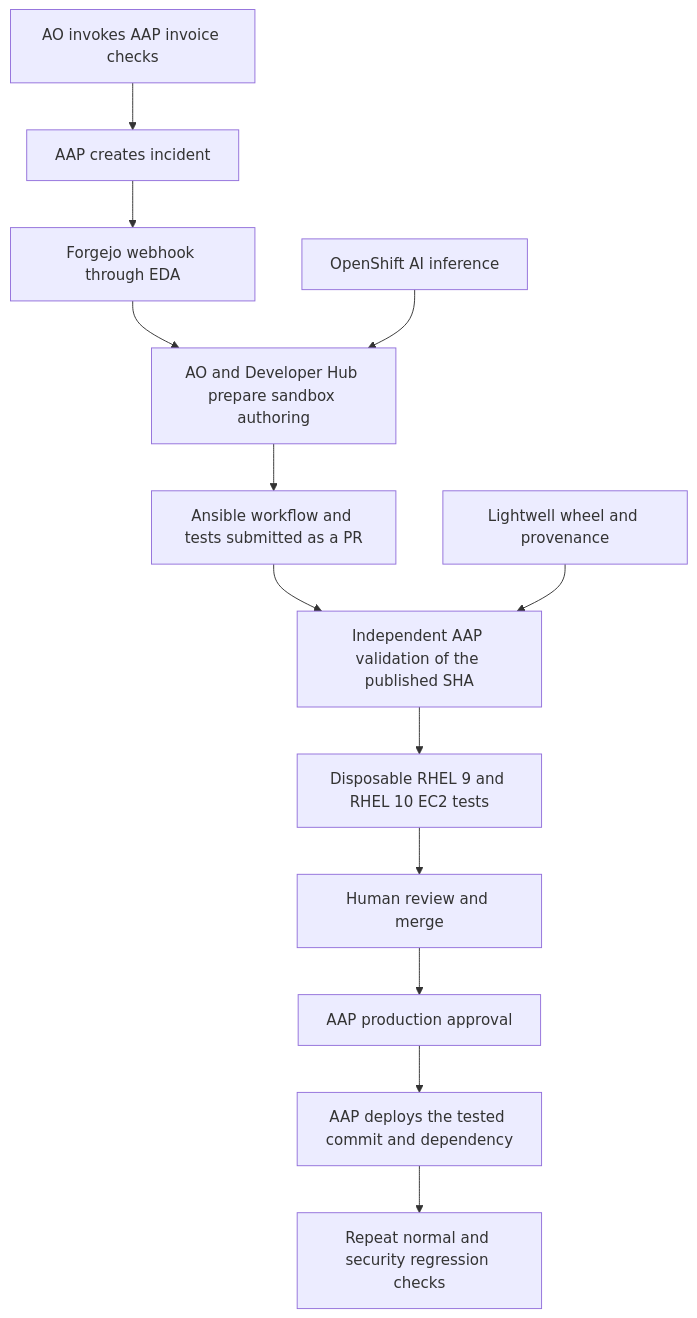
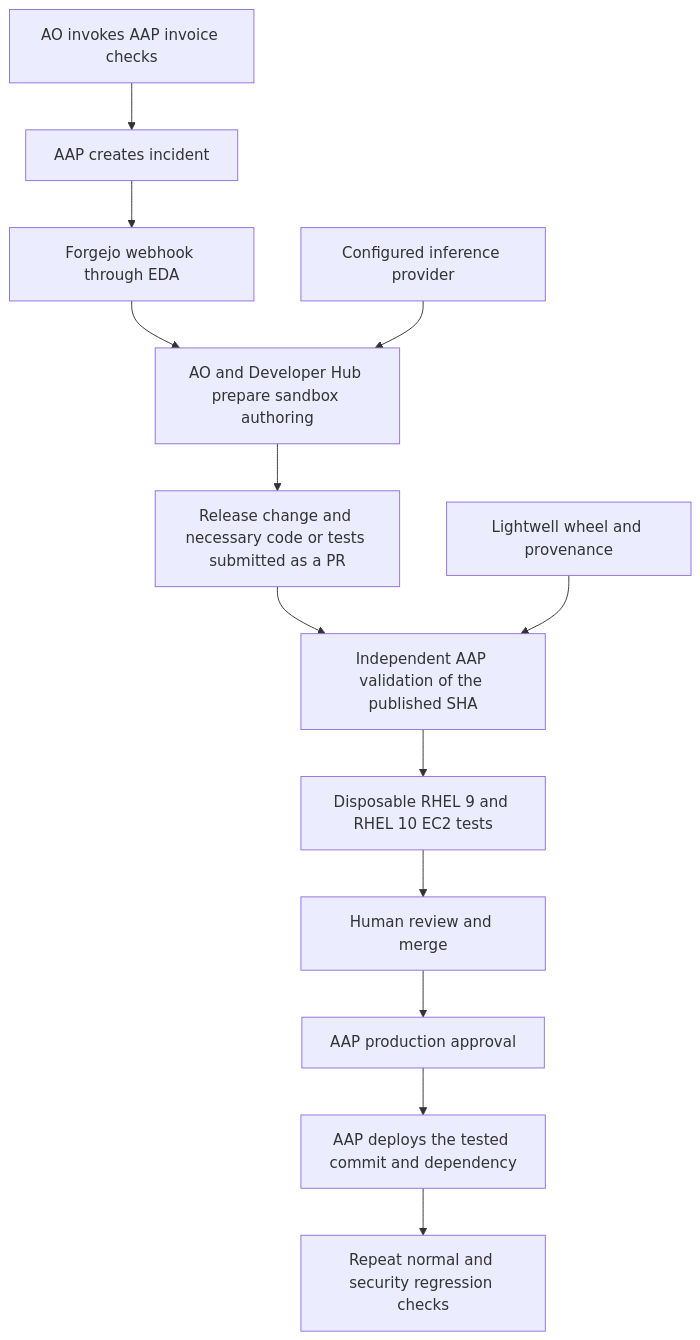
One commit to aiops-ansible-software-factory-demojam/openshift-gitops changed the diagram in docs/invoice-lightwell-demo.md. Above: the diagram before and after it, drawn with Mermaid. The commit also changed other lines of this file and 19 other files, not shown here.

Commit message:
Document the verified dual-app demo and refresh Draw.io architecture and workflows

````diff
--- a/docs/invoice-lightwell-demo.md
+++ b/docs/invoice-lightwell-demo.md
@@ -81,15 +85,15 @@
 ```mermaid
 flowchart TD
     Check[AO invokes AAP invoice checks] --> Issue[AAP creates incident]
     Issue --> EDA[Forgejo webhook through EDA]
     EDA --> Author[AO and Developer Hub prepare sandbox authoring]
-    Model[OpenShift AI inference] --> Author
-    Author --> PR[Ansible workflow and tests submitted as a PR]
+    Model[Configured inference provider] --> Author
+    Author --> PR[Release change and necessary code or tests submitted as a PR]
     PR --> Validate[Independent AAP validation of the published SHA]
     Lightwell[Lightwell wheel and provenance] --> Validate
     Validate --> EC2[Disposable RHEL 9 and RHEL 10 EC2 tests]
     EC2 --> Review[Human review and merge]
     Review --> Approve[AAP production approval]
     Approve --> Deploy[AAP deploys the tested commit and dependency]
     Deploy --> Verify[Repeat normal and security regression checks]
 ```
````
